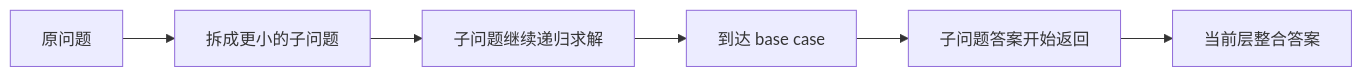
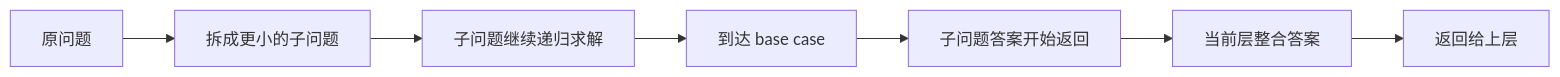
The diagram in my-notes/01-基础巩固/12-暴力递归到动态规划1-递归尝试/01-暴力递归.md (freeedoooooo/algs), drawn with Mermaid before and after one commit. The commit also changed other lines of this file, not shown here.

````diff
--- a/my-notes/01-基础巩固/12-暴力递归到动态规划1-递归尝试/01-暴力递归.md
+++ b/my-notes/01-基础巩固/12-暴力递归到动态规划1-递归尝试/01-暴力递归.md
@@ -69,8 +83,9 @@
 ```mermaid
 graph LR
     A["原问题"] --> B["拆成更小的子问题"]
     B --> C["子问题继续递归求解"]
     C --> D["到达 base case"]
     D --> E["子问题答案开始返回"]
     E --> F["当前层整合答案"]
+    F --> G["返回给上层"]
 ```
````
